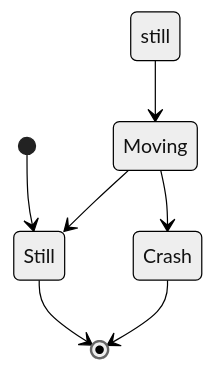
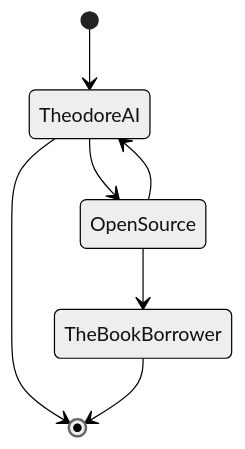
Before and after one commit to TheodoreAI/TheodoreAI: the diagram in README.md, drawn with Mermaid (neutral theme). The commit also changed other lines of this file, not shown here.

````diff
--- a/README.md
+++ b/README.md
@@ -8,10 +8,10 @@
  ```mermaid
   stateDiagram-v2
-  [*] --> Still
-  Still --> [*]
+  [*] --> TheodoreAI
+  TheodoreAI --> [*]
 
-  still --> Moving
-  Moving --> Still
-  Moving --> Crash
-  Crash --> [*]
+  TheodoreAI --> OpenSource
+  OpenSource --> TheodoreAI
+  OpenSource --> TheBookBorrower
+  TheBookBorrower --> [*]
 ```
````
